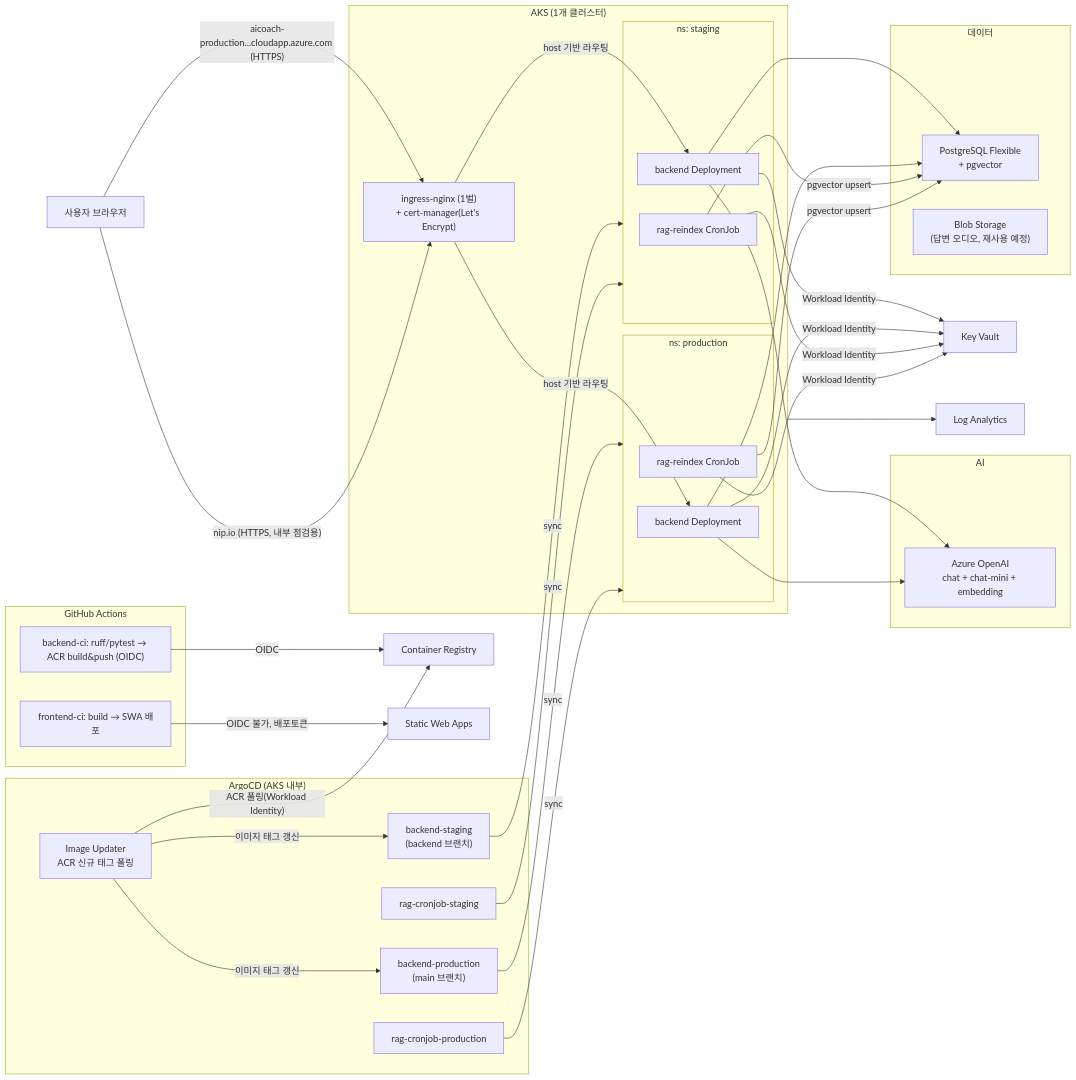
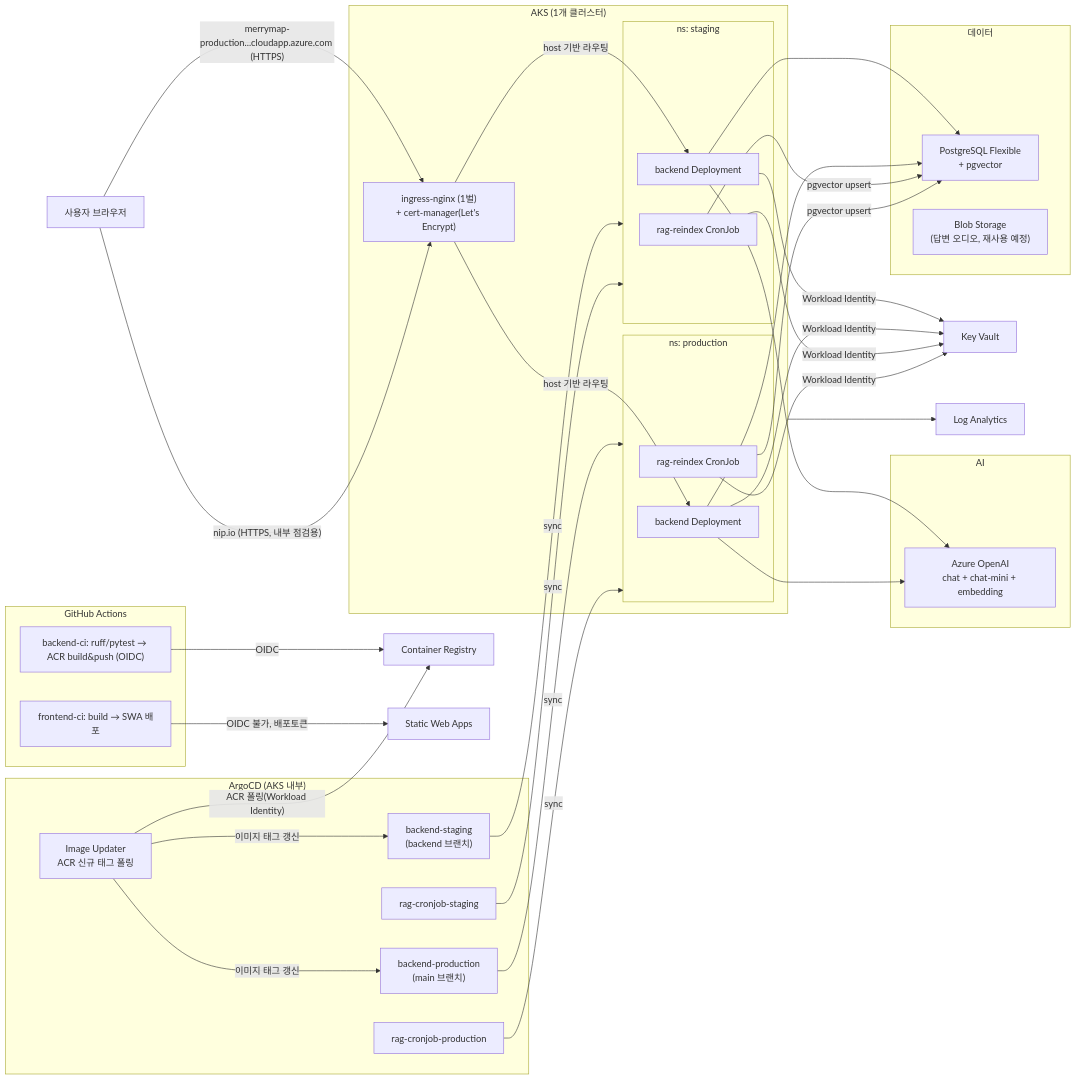
One commit to wownae-ct/MS-AI-Project-3rd-Team-4 changed the diagram in infra/README.md. Above: the diagram before and after it, drawn with Mermaid. The commit also changed other lines of this file and 4 other files, not shown here.

````diff
--- a/infra/README.md
+++ b/infra/README.md
@@ -13,54 +13,54 @@
 ```mermaid
 flowchart LR
     subgraph CI["GitHub Actions"]
         BCI["backend-ci: ruff/pytest → ACR build&push (OIDC)"]
         FCI["frontend-ci: build → SWA 배포"]
     end
     subgraph GitOps["ArgoCD (AKS 내부)"]
         ARGO_BS["backend-staging<br/>(backend 브랜치)"]
         ARGO_BP["backend-production<br/>(main 브랜치)"]
         ARGO_RS["rag-cronjob-staging"]
         ARGO_RP["rag-cronjob-production"]
         IU["Image Updater<br/>ACR 신규 태그 폴링"]
     end
     subgraph AKS["AKS (1개 클러스터)"]
         ING["ingress-nginx (1벌)<br/>+ cert-manager(Let's Encrypt)"]
         subgraph NS_S["ns: staging"]
             GW_S["backend Deployment"]
             CJ_S["rag-reindex CronJob"]
         end
         subgraph NS_P["ns: production"]
             GW_P["backend Deployment"]
             CJ_P["rag-reindex CronJob"]
         end
     end
     USERS["사용자 브라우저"]
     subgraph AI["AI"]
         AOAI["Azure OpenAI<br/>chat + chat-mini + embedding"]
     end
     subgraph Data["데이터"]
         PG["PostgreSQL Flexible<br/>+ pgvector"]
         BLOB["Blob Storage<br/>(답변 오디오, 재사용 예정)"]
     end
     KV["Key Vault"]
     ACR["Container Registry"]
     SWA["Static Web Apps"]
     LAW["Log Analytics"]
 
-    USERS -- "aicoach-production...cloudapp.azure.com (HTTPS)" --> ING
+    USERS -- "merrymap-production...cloudapp.azure.com (HTTPS)" --> ING
     USERS -- "nip.io (HTTPS, 내부 점검용)" --> ING
     ING -- host 기반 라우팅 --> GW_S & GW_P
     BCI -- OIDC --> ACR
     IU -- ACR 폴링(Workload Identity) --> ACR
     IU -- 이미지 태그 갱신 --> ARGO_BS & ARGO_BP
     ARGO_BS -- sync --> NS_S
     ARGO_RS -- sync --> NS_S
     ARGO_BP -- sync --> NS_P
     ARGO_RP -- sync --> NS_P
     FCI -- OIDC 불가, 배포토큰 --> SWA
     GW_S & GW_P & CJ_S & CJ_P -- Workload Identity --> KV
     GW_S & GW_P --> AOAI
     GW_S & GW_P --> PG
     CJ_S & CJ_P -- pgvector upsert --> PG
     AKS --> LAW
 ```
````
